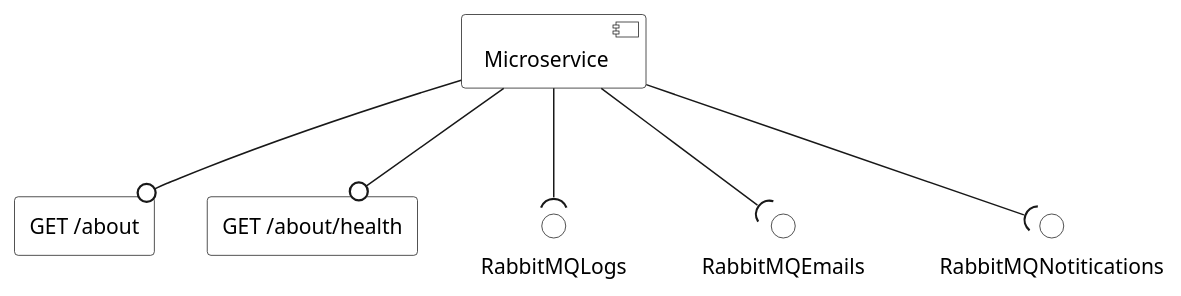
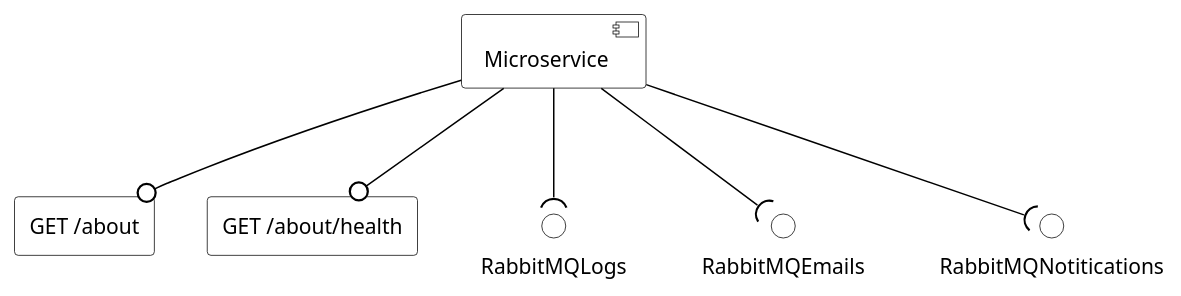
Before and after one commit to iterations-is/its__documentation: the diagram in static/img/ms.puml, drawn with PlantUML. The commit also changed 14 other files, not shown here.

```diff
--- a/static/img/ms.puml
+++ b/static/img/ms.puml
@@ -2,33 +2,45 @@
 @startuml
 <style>
 queue {
    LineThickness: 1
    BackGroundColor: white
+   LineColor: black
 }
 interface {
    BackGroundColor: white
+   LineColor: black
 }
 component {
    BackGroundColor: white
+   LineColor: black
 }
 database {
    BackGroundColor: white
+   LineColor: black
 }
-rectangle {
+node {
    BackGroundColor: white
+   LineColor: black
+}
+rectangle{
+   LineColor: black
+   BackGroundColor: white
+}
+arrow {
+   LineColor: black
 }
 </style>
 
 top to bottom direction
 'left to right direction
 
 component Microservice as MS
 rectangle "GET /about" as getabout
 rectangle "GET /about/health" as GETabouthealth
 MS --0 getabout
 MS --0 GETabouthealth
 MS --( RabbitMQLogs
 MS --( RabbitMQEmails
 MS --( RabbitMQNotitications
 
 @enduml
```
